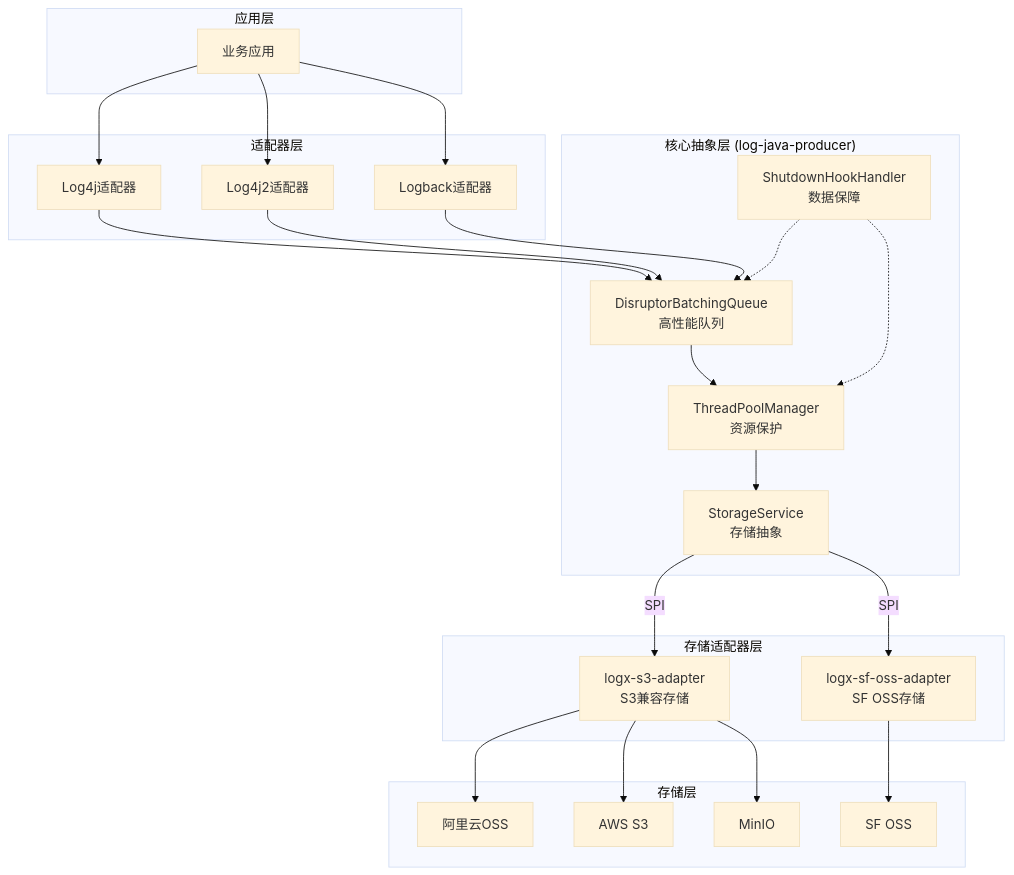
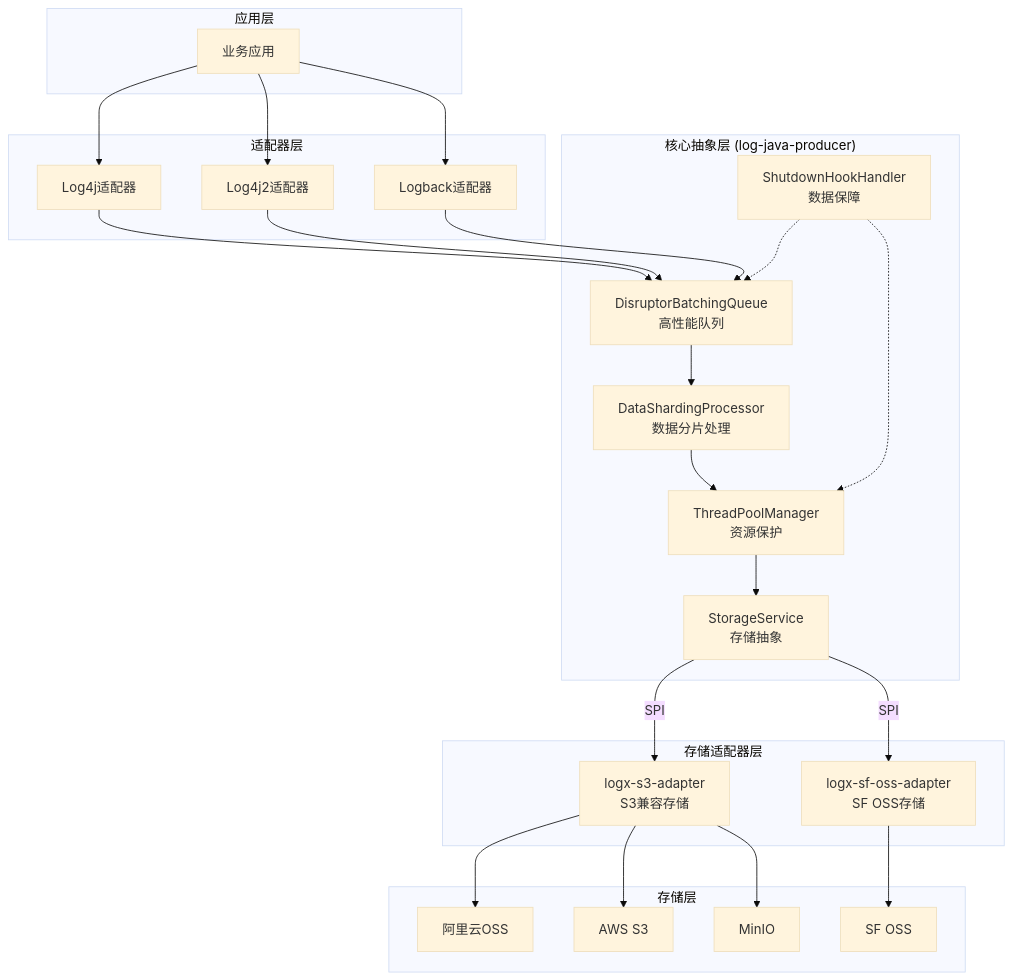
One commit to kzy77/logx-oss-appender changed the first of 3 diagrams in docs/architecture.md. Above: the diagram before and after it, drawn with Mermaid (base theme). The commit also changed other lines of this file and 22 other files, not shown here.

````diff
--- a/docs/architecture.md
+++ b/docs/architecture.md
@@ -236,52 +173,54 @@
 ```mermaid
 graph TD
     subgraph "应用层"
         APP[业务应用]
     end
 
     subgraph "适配器层"
         L4J[Log4j适配器]
         L4J2[Log4j2适配器]
         LB[Logback适配器]
     end
 
     subgraph "核心抽象层 (log-java-producer)"
         DQ[DisruptorBatchingQueue<br/>高性能队列]
+        DSP[DataShardingProcessor<br/>数据分片处理]
         TP[ThreadPoolManager<br/>资源保护]
         SH[ShutdownHookHandler<br/>数据保障]
         SS[StorageService<br/>存储抽象]
     end
     
     subgraph "存储适配器层"
         S3A[logx-s3-adapter<br/>S3兼容存储]
         SFOA[logx-sf-oss-adapter<br/>SF OSS存储]
     end
 
     subgraph "存储层"
         OSS[阿里云OSS]
         S3[AWS S3]
         MIN[MinIO]
         SFO[SF OSS]
     end
 
     APP --> L4J
     APP --> L4J2
     APP --> LB
 
     L4J --> DQ
     L4J2 --> DQ
     LB --> DQ
 
-    DQ --> TP
+    DQ --> DSP
+    DSP --> TP
     TP --> SS
     SH -.-> DQ
     SH -.-> TP
 
     SS -- SPI --> S3A
     SS -- SPI --> SFOA
 
     S3A --> OSS
     S3A --> S3
     S3A --> MIN
     SFOA --> SFO
 ```
````
